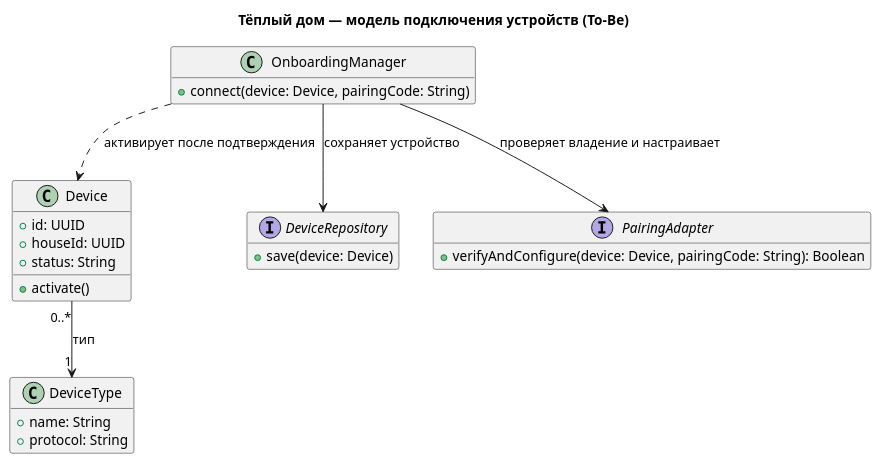
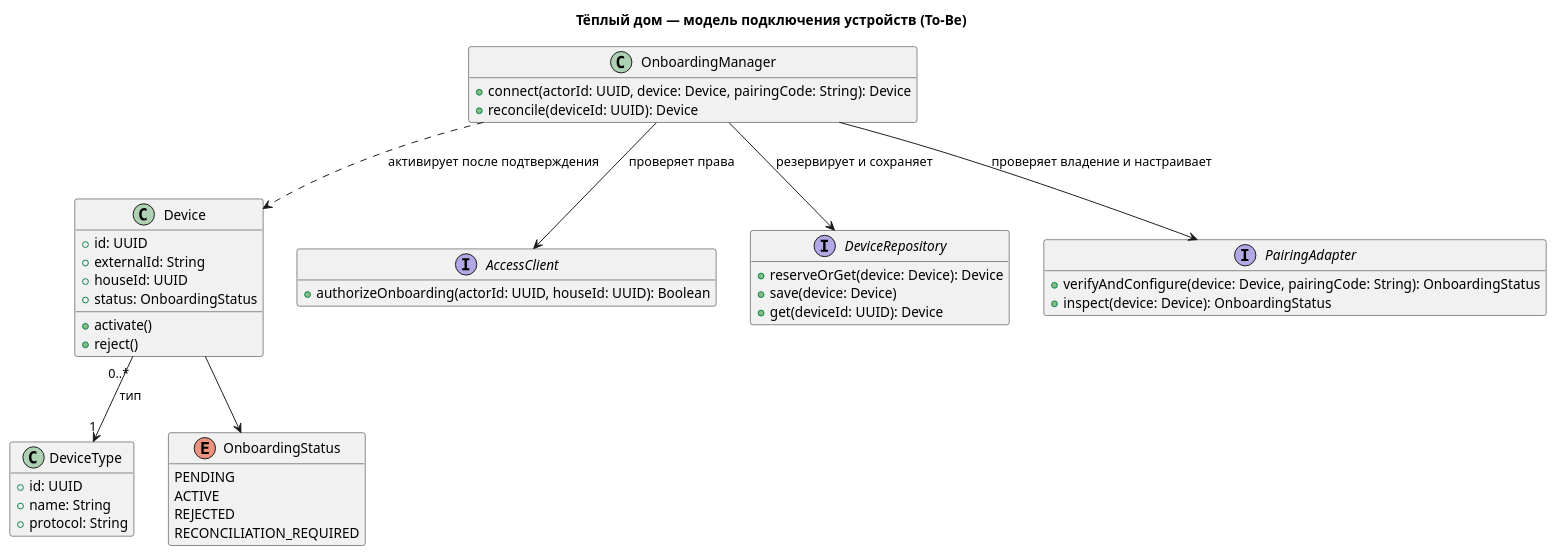
Before and after one commit to bitwize-maybe/architecture-warmhouse: the diagram in docs/diagrams/code/smarthome_code.onboarding.puml, drawn with PlantUML. The commit also changed 1 other file, not shown here.

```diff
--- a/docs/diagrams/code/smarthome_code.onboarding.puml
+++ b/docs/diagrams/code/smarthome_code.onboarding.puml
@@ -1,30 +1,48 @@
 @startuml
 title Тёплый дом — модель подключения устройств (To-Be)
 hide empty members
 
 class OnboardingManager {
-    +connect(device: Device, pairingCode: String)
+    +connect(actorId: UUID, device: Device, pairingCode: String): Device
+    +reconcile(deviceId: UUID): Device
 }
 class Device {
     +id: UUID
+    +externalId: String
     +houseId: UUID
-    +status: String
+    +status: OnboardingStatus
     +activate()
+    +reject()
 }
 class DeviceType {
+    +id: UUID
     +name: String
     +protocol: String
 }
+enum OnboardingStatus {
+    PENDING
+    ACTIVE
+    REJECTED
+    RECONCILIATION_REQUIRED
+}
+interface AccessClient {
+    +authorizeOnboarding(actorId: UUID, houseId: UUID): Boolean
+}
 interface DeviceRepository {
+    +reserveOrGet(device: Device): Device
     +save(device: Device)
+    +get(deviceId: UUID): Device
 }
 interface PairingAdapter {
-    +verifyAndConfigure(device: Device, pairingCode: String): Boolean
+    +verifyAndConfigure(device: Device, pairingCode: String): OnboardingStatus
+    +inspect(device: Device): OnboardingStatus
 }
 
-OnboardingManager --> DeviceRepository : сохраняет устройство
+OnboardingManager --> AccessClient : проверяет права
+OnboardingManager --> DeviceRepository : резервирует и сохраняет
 OnboardingManager --> PairingAdapter : проверяет владение и настраивает
 OnboardingManager ..> Device : активирует после подтверждения
 Device "0..*" --> "1" DeviceType : тип
+Device --> OnboardingStatus
 
 @enduml
```
